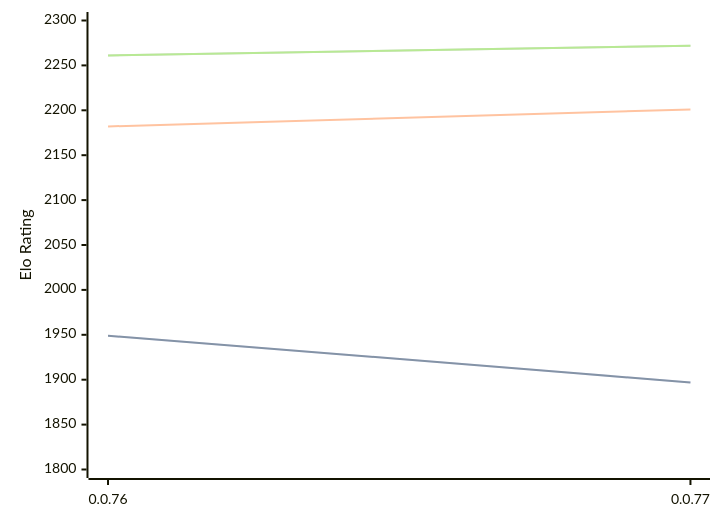
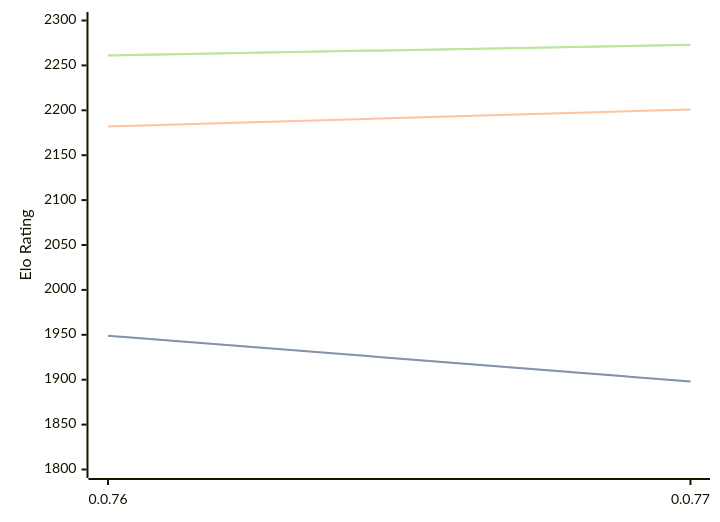
Before and after one commit to computer-chess-index/cci: the diagram in engines/Fktb.md, drawn with Mermaid. The commit also changed other lines of this file, not shown here.

Commit message:
Update CCI Ratings (ELO VLTC) - 2026-05-14

````diff
--- a/engines/Fktb.md
+++ b/engines/Fktb.md
@@ -32,11 +32,11 @@
 ```mermaid
 %%{init: {"theme":"base","themeVariables":{"seriesColors:['#a3a3a3','#222221','#faa371']}}}%%
 xychart-beta
   x-axis ["0.0.76", "0.0.77"]
   y-axis "Elo Rating" 1800 --> 2300
-  line "STC (8.0+0.08s)" [1949, 1897]
-  line "STC (8.0+0.08s)" [1949, 1897]
+  line "STC (8.0+0.08s)" [1949, 1898]
+  line "STC (8.0+0.08s)" [1949, 1898]
   line "LTC (60.0+0.60s)" [2182, 2201]
-  line "VLTC (2m24s+1.12s)" [2261, 2272]
-  line "VLTC (2m24s+1.12s)" [2261, 2272]
+  line "VLTC (2m24s+1.12s)" [2261, 2273]
+  line "VLTC (2m24s+1.12s)" [2261, 2273]
 ```
````
